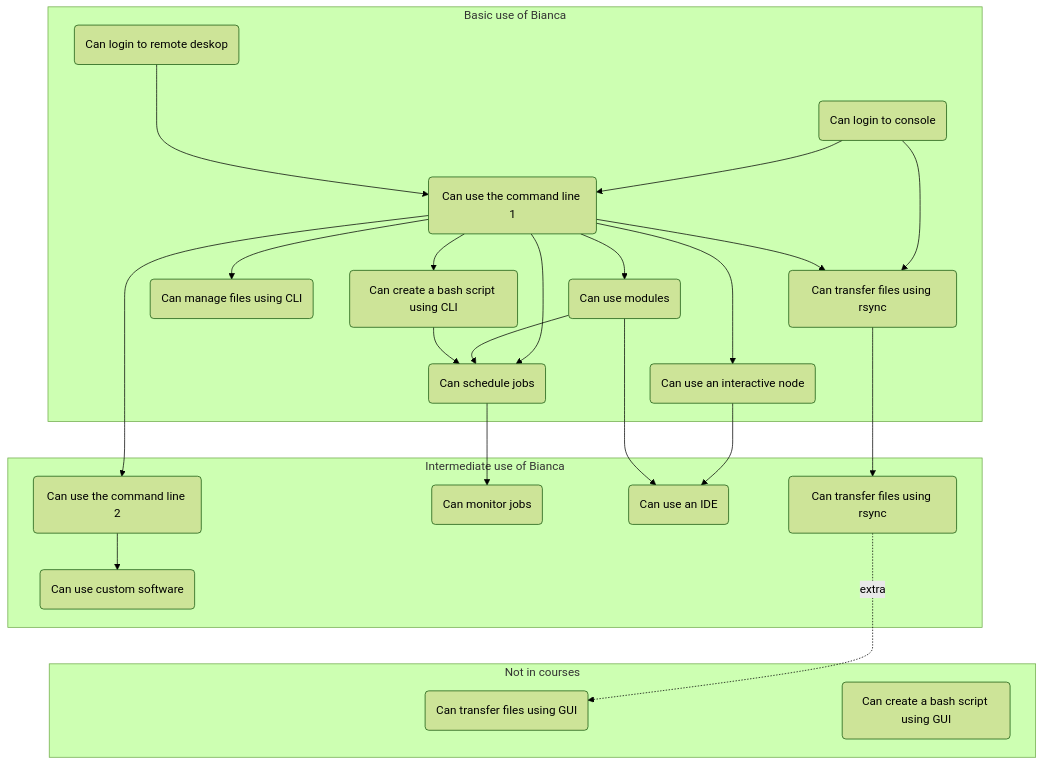
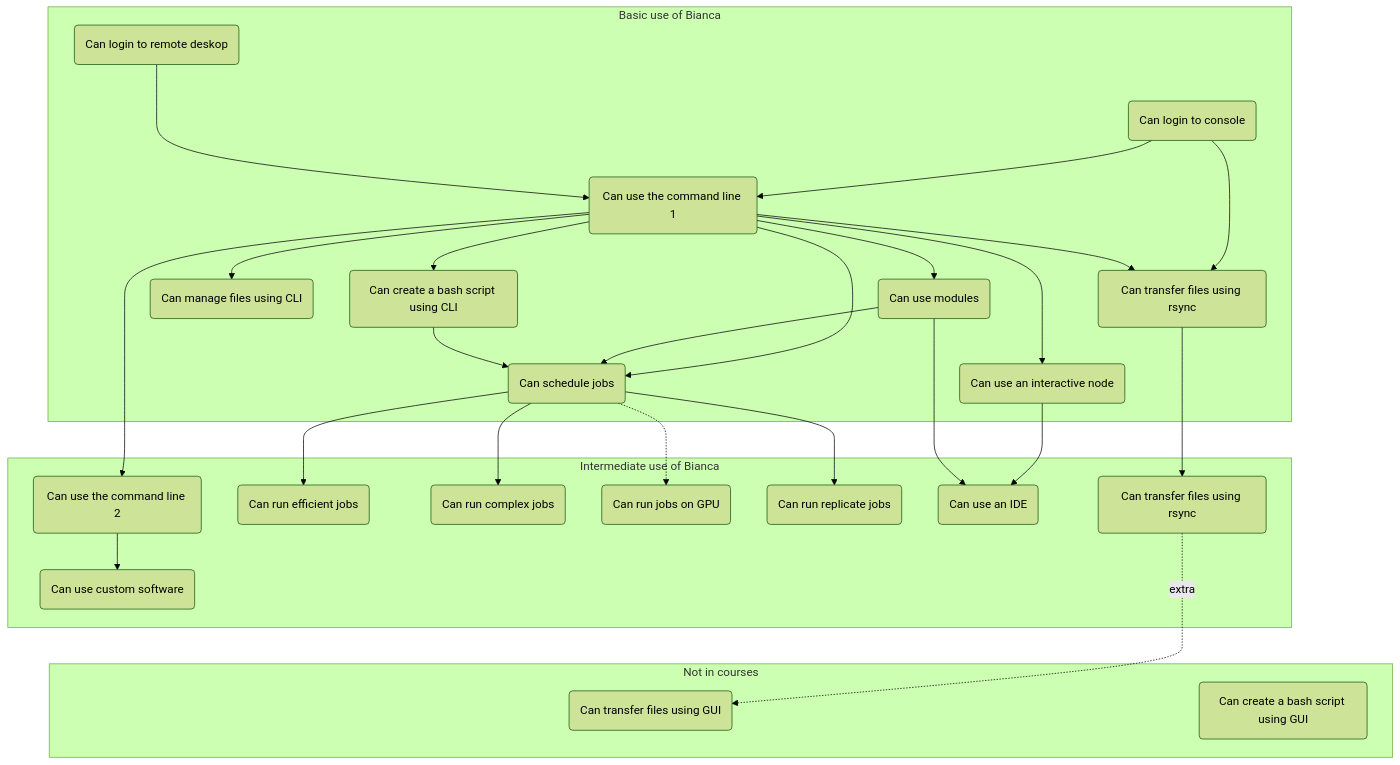
Before and after one commit to UPPMAX/bianca_workshop: the diagram in docs/intermediate/intro.md, drawn with Mermaid (forest theme).

Commit message:
Update overview

````diff
--- a/docs/intermediate/intro.md
+++ b/docs/intermediate/intro.md
@@ -130,68 +130,73 @@
 ```mermaid
-%% Direction is top->down
 flowchart TD
 
     subgraph sub_basic_use["Basic use of Bianca"]
       can_login_to_remove_desktop(Can login to remote deskop)
       can_login_to_console(Can login to console)
       can_use_command_line_1(Can use the command line 1)
       can_use_modules(Can use modules)
       can_use_interactive_node(Can use an interactive node)
       can_manage_files_using_cli(Can manage files using CLI)
       can_tranfer_files_using_rsync(Can transfer files using rsync)
       can_schedule_jobs(Can schedule jobs)
       can_create_bash_script_using_cli(Can create a bash script using CLI)
     end
 
     subgraph sub_intermediate_use["Intermediate use of Bianca"]
       can_use_command_line_2(Can use the command line 2)
       can_use_custom_software(Can use custom software)
-      can_monitor_jobs(Can monitor jobs)
+      can_run_efficient_jobs(Can run efficient jobs)
+      can_run_complex_jobs(Can run complex jobs)
+      can_run_jobs_on_gpu(Can run jobs on GPU)
+      can_run_replicate_jobs(Can run replicate jobs)
       can_use_ide(Can use an IDE)
       can_tranfer_files_using_rsync2(Can transfer files using rsync)
     end
 
     subgraph sub_non_goal["Not in courses"]
       can_tranfer_files_using_gui(Can transfer files using GUI)
       can_create_bash_script_using_gui(Can create a bash script using GUI)
     end
 
 
     %% Basic
     can_login_to_console --> can_tranfer_files_using_rsync
     can_login_to_console --> can_use_command_line_1
     can_login_to_remove_desktop ---> can_use_command_line_1
     can_use_command_line_1 --> can_use_modules
     can_use_command_line_1 --> can_use_interactive_node
     can_use_command_line_1 --> can_use_command_line_2
     can_use_command_line_1 --> can_create_bash_script_using_cli
     can_use_command_line_1 --> can_schedule_jobs
     can_use_command_line_1 --> can_manage_files_using_cli
     can_use_command_line_1 --> can_tranfer_files_using_rsync
     can_use_modules --> can_schedule_jobs
     can_create_bash_script_using_cli --> can_schedule_jobs
 
     %% Basic -> Intermediate
     can_tranfer_files_using_rsync --> can_tranfer_files_using_rsync2
-    can_schedule_jobs --> can_monitor_jobs
+    can_schedule_jobs --> can_run_complex_jobs
+    can_schedule_jobs --> can_run_efficient_jobs
+    can_schedule_jobs --> can_run_replicate_jobs
+    can_schedule_jobs -.-> can_run_jobs_on_gpu
     can_use_interactive_node --> can_use_ide
     can_use_modules --> can_use_ide
     can_tranfer_files_using_rsync2 -.-> |extra| can_tranfer_files_using_gui
 
     %% Make sure Intermediate is below Basic,
     %% using invisible nodes
     can_schedule_jobs ~~~ can_use_command_line_2
 
     %% Intermediate
     can_use_command_line_2 --> can_use_custom_software
 
     %% Basic -> None
     %% can_login_to_remove_desktop ---> can_tranfer_files_using_gui
     %% can_tranfer_files_using_gui --> can_use_custom_software
     %% can_login_to_remove_desktop ---> can_create_bash_script_using_gui
     %% can_create_bash_script_using_gui --> can_schedule_jobs
 
     %% Make sure Non-goals is below Intermediat,
     %% using invisible nodes
     can_use_custom_software ~~~ can_tranfer_files_using_gui
 ```
````
